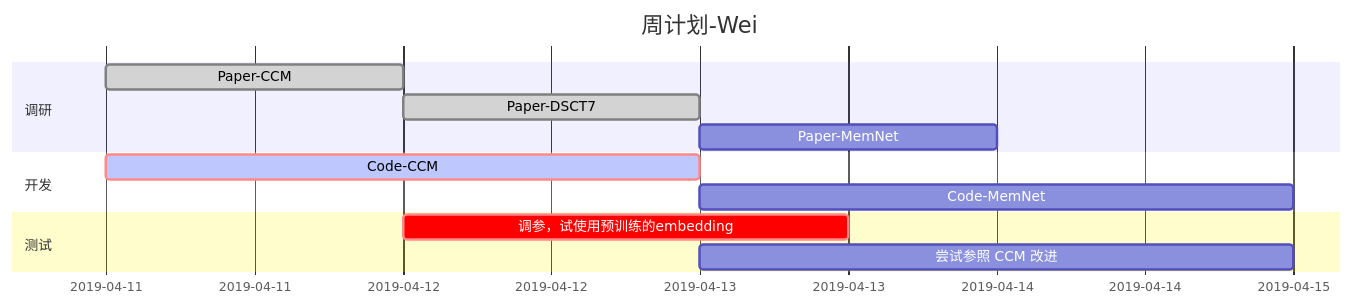
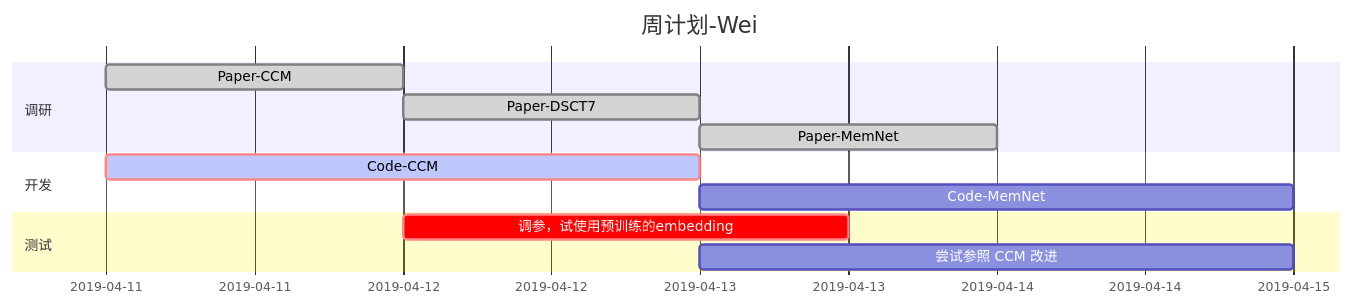
Before and after one commit to little-women/reading-list: the first of 2 diagrams in Planner.md, drawn with Mermaid. The commit also changed other lines of this file and 2 other files, not shown here.

````diff
--- a/Planner.md
+++ b/Planner.md
@@ -1,18 +1,18 @@
 ```mermaid
         gantt
         dateFormat  YYYY-MM-DD
         title 周计划-Wei
 
         section 调研
         Paper-CCM                      :done, paper1, 2019-04-11,1d
         Paper-DSCT7                    :done, paper2, after paper1, 1d
-        Paper-MemNet                   :paper3, after paper2, 1d
+        Paper-MemNet                   :done, paper3, after paper2, 1d
         
         section 开发
         Code-CCM                      :crit, active, 2019-04-11,2d
         Code-MemNet                   :after paper2, 2d
     
         section 测试
         调参，试使用预训练的embedding       :crit, after paper1, 36h
         尝试参照 CCM 改进                   :after paper2, 2d
 ```
````
